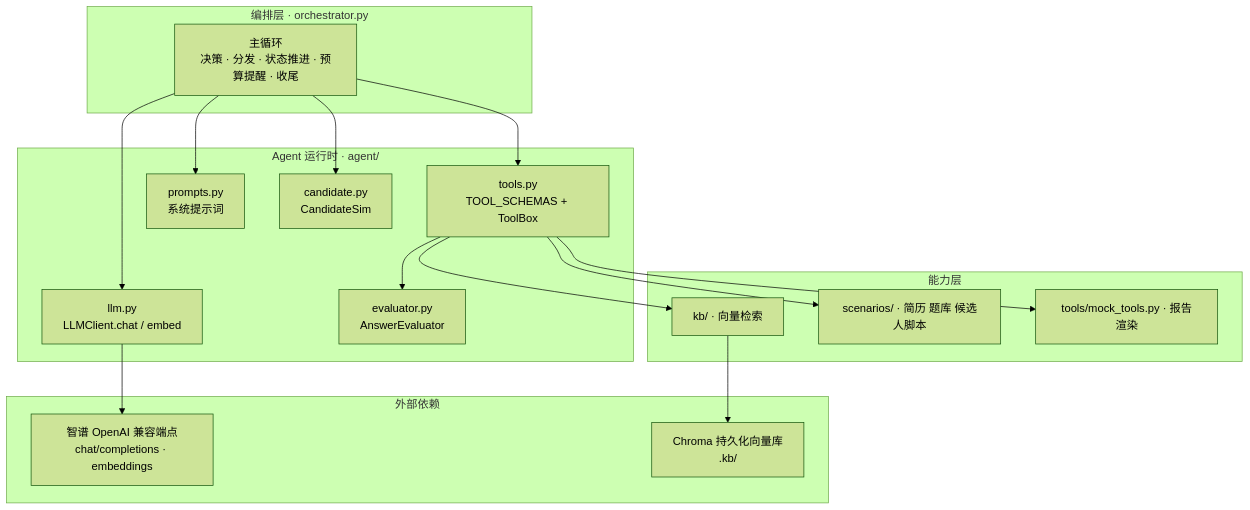
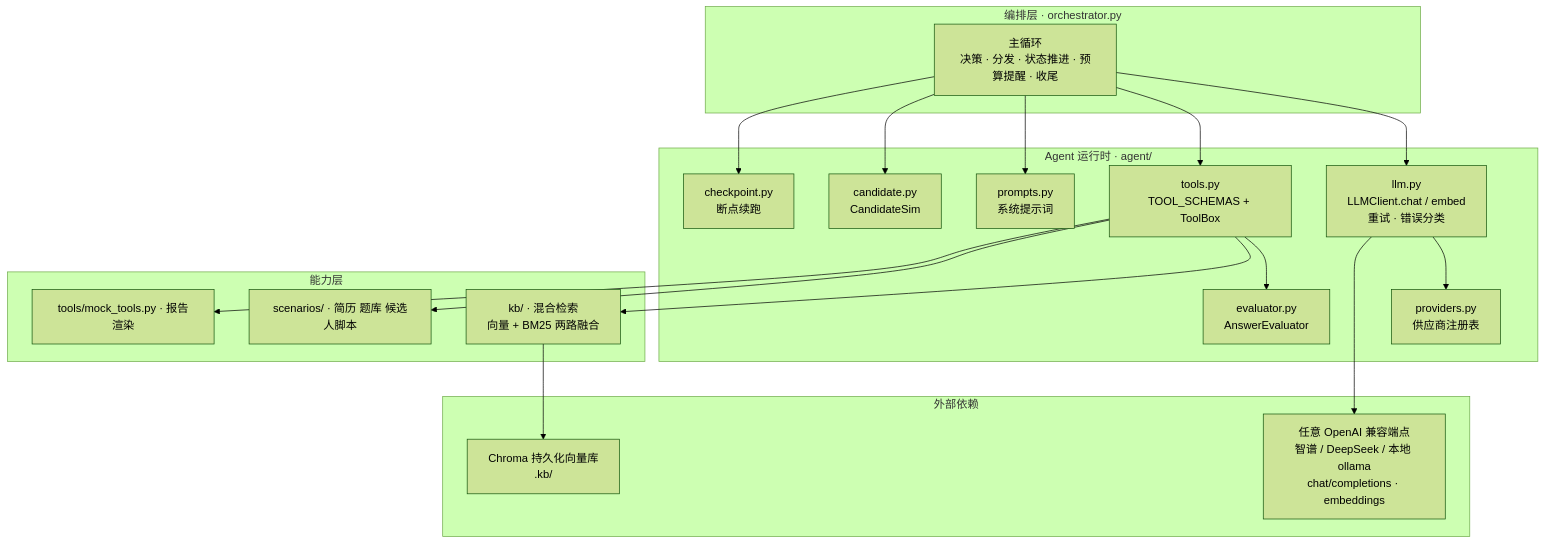
One commit to spike5321/mockmate changed the diagram in docs/architecture.md. Above: the diagram before and after it, drawn with Mermaid (forest theme). The commit also changed other lines of this file and 2 other files, not shown here.

````diff
--- a/docs/architecture.md
+++ b/docs/architecture.md
@@ -21,32 +21,36 @@
 ```mermaid
 flowchart TB
     subgraph L1["编排层 · orchestrator.py"]
         MAIN["主循环<br/>决策 · 分发 · 状态推进 · 预算提醒 · 收尾"]
     end
     subgraph L2["Agent 运行时 · agent/"]
-        LLM["llm.py<br/>LLMClient.chat / embed"]
+        LLM["llm.py<br/>LLMClient.chat / embed<br/>重试 · 错误分类"]
+        PROV["providers.py<br/>供应商注册表"]
         TOOLS["tools.py<br/>TOOL_SCHEMAS + ToolBox"]
         PROMPT["prompts.py<br/>系统提示词"]
         CAND["candidate.py<br/>CandidateSim"]
         EVAL["evaluator.py<br/>AnswerEvaluator"]
+        CKPT["checkpoint.py<br/>断点续跑"]
     end
     subgraph L3["能力层"]
-        KB["kb/ · 向量检索"]
+        KB["kb/ · 混合检索<br/>向量 + BM25 两路融合"]
         DATA["scenarios/ · 简历 题库 候选人脚本"]
         REND["tools/mock_tools.py · 报告渲染"]
     end
     subgraph L4["外部依赖"]
-        ZHIPU["智谱 OpenAI 兼容端点<br/>chat/completions · embeddings"]
+        VENDOR["任意 OpenAI 兼容端点<br/>智谱 / DeepSeek / 本地 ollama<br/>chat/completions · embeddings"]
         CHROMA["Chroma 持久化向量库<br/>.kb/"]
     end
     MAIN --> LLM
     MAIN --> TOOLS
     MAIN --> PROMPT
     MAIN --> CAND
+    MAIN --> CKPT
+    LLM --> PROV
     TOOLS --> EVAL
     TOOLS --> KB
     TOOLS --> DATA
     TOOLS --> REND
     KB --> CHROMA
-    LLM --> ZHIPU
+    LLM --> VENDOR
 ```
````
